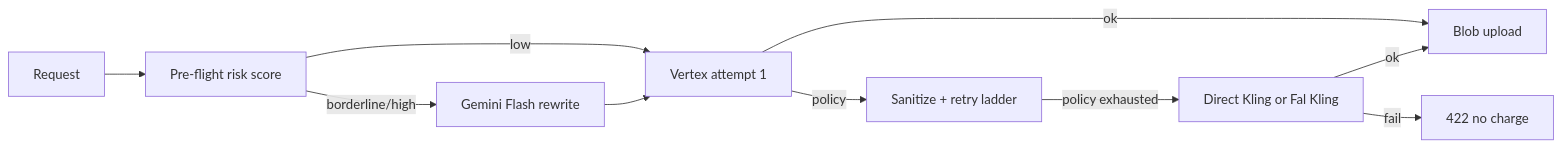
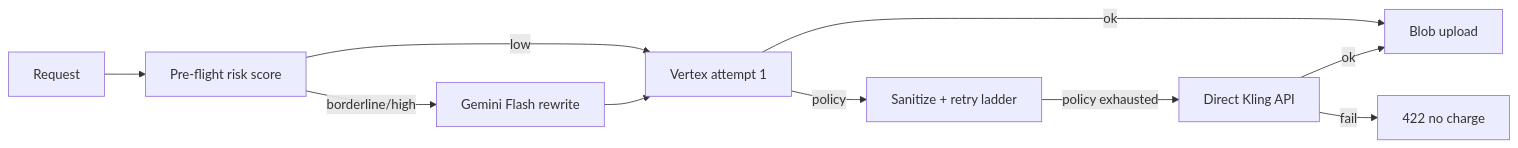
One commit to anderson0531/sceneflowai changed the second of 2 diagrams in sceneflow-ai-nextjs/docs/KLING_POLICY_FALLBACK.md. Above: the diagram before and after it, drawn with Mermaid. The commit also changed other lines of this file and 21 other files, not shown here.

````diff
--- a/sceneflow-ai-nextjs/docs/KLING_POLICY_FALLBACK.md
+++ b/sceneflow-ai-nextjs/docs/KLING_POLICY_FALLBACK.md
@@ -39,12 +41,12 @@
 ```mermaid
 flowchart LR
   A[Request] --> B[Pre-flight risk score]
   B -->|borderline/high| C[Gemini Flash rewrite]
   B -->|low| D[Vertex attempt 1]
   C --> D
   D -->|policy| E[Sanitize + retry ladder]
-  E -->|policy exhausted| F[Direct Kling or Fal Kling]
+  E -->|policy exhausted| F[Direct Kling API]
   D -->|ok| G[Blob upload]
   F -->|ok| G
   F -->|fail| H[422 no charge]
 ```
````
